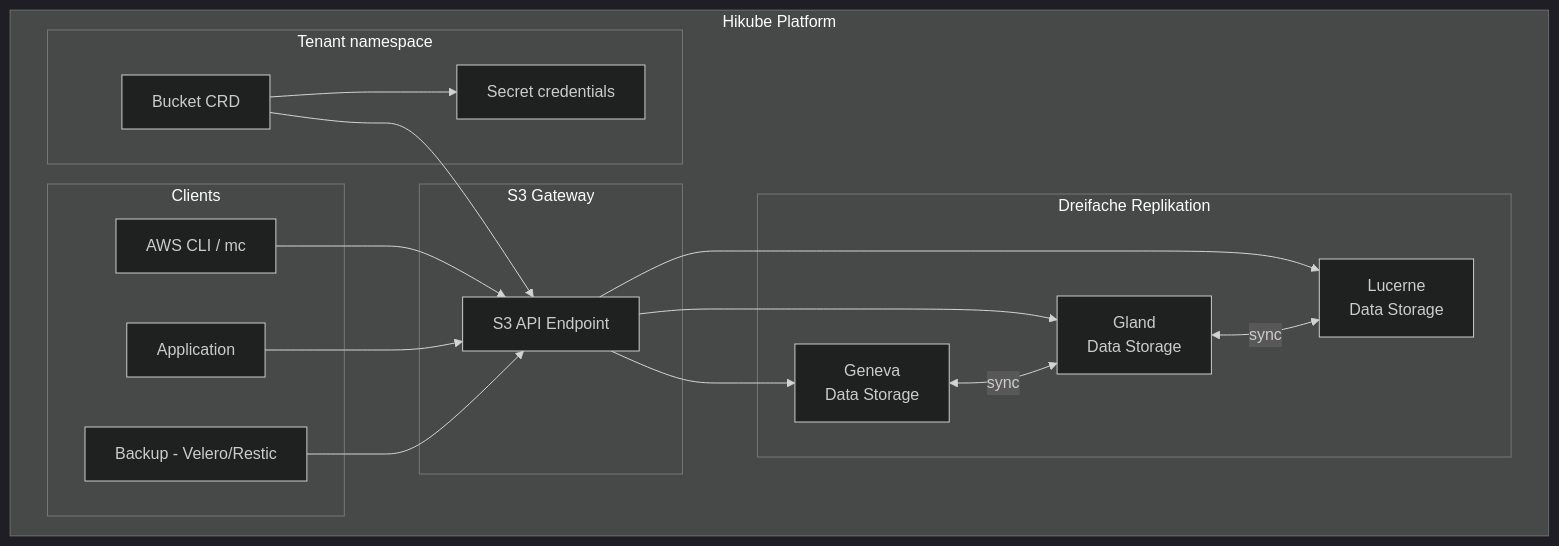
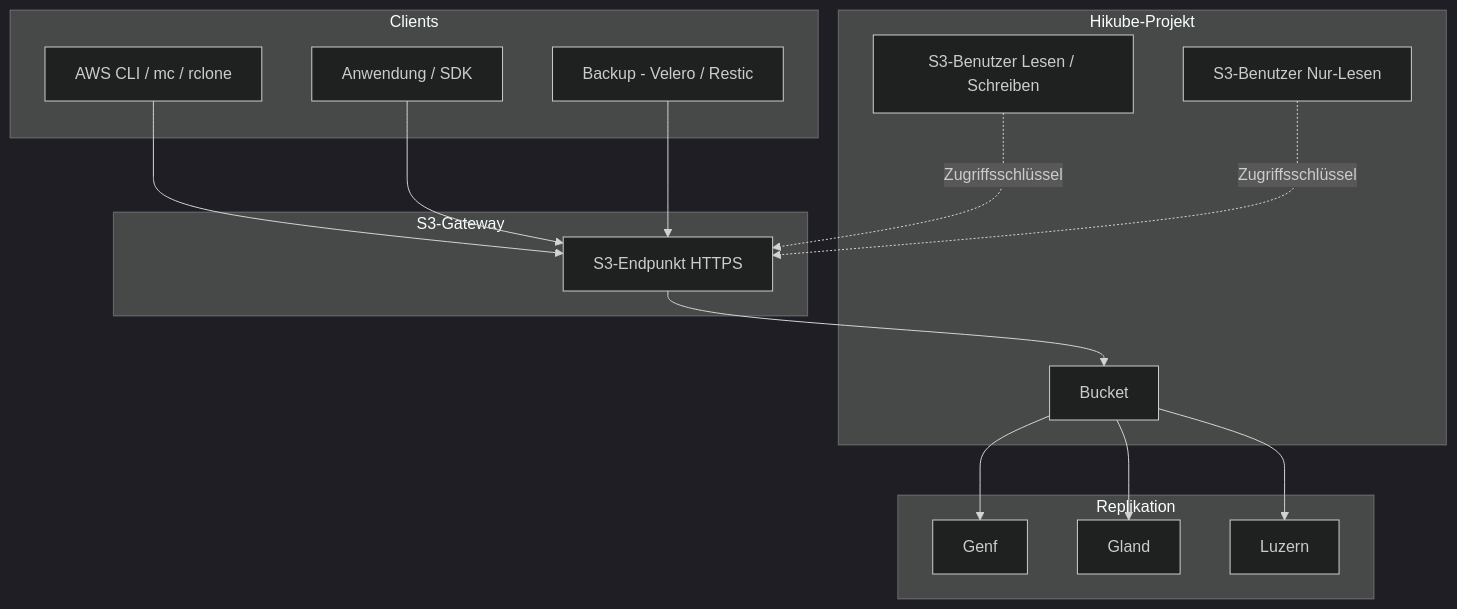
One commit to HidoraSwiss/hikube-public-doc changed the diagram in i18n/de/docusaurus-plugin-content-docs/current/services/storage/buckets/concepts.md. Above: the diagram before and after it, drawn with Mermaid (dark theme). The commit also changed other lines of this file and 148 other files, not shown here.

````diff
--- a/i18n/de/docusaurus-plugin-content-docs/current/services/storage/buckets/concepts.md
+++ b/i18n/de/docusaurus-plugin-content-docs/current/services/storage/buckets/concepts.md
@@ -12,36 +12,34 @@
 ```mermaid
 graph TB
-    subgraph "Hikube Platform"
-        subgraph "Tenant namespace"
-            CR[Bucket CRD]
-            SEC[Secret credentials]
-        end
-
-        subgraph "S3 Gateway"
-            GW[S3 API Endpoint]
-        end
-
-        subgraph "Dreifache Replikation"
-            DC1[Geneva<br/>Data Storage]
-            DC2[Gland<br/>Data Storage]
-            DC3[Lucerne<br/>Data Storage]
-        end
-
-        subgraph "Clients"
-            CLI[AWS CLI / mc]
-            APP[Application]
-            BKP[Backup - Velero/Restic]
-        end
+    subgraph "Hikube-Projekt"
+        BK[Bucket]
+        U1[S3-Benutzer Lesen / Schreiben]
+        U2[S3-Benutzer Nur-Lesen]
     end
 
-    CR --> GW
-    GW --> DC1
-    GW --> DC2
-    GW --> DC3
-    DC1 <-->|sync| DC2
-    DC2 <-->|sync| DC3
+    subgraph "S3-Gateway"
+        GW[S3-Endpunkt HTTPS]
+    end
+
+    subgraph "Replikation"
+        DC1[Genf]
+        DC2[Gland]
+        DC3[Luzern]
+    end
+
+    subgraph "Clients"
+        CLI[AWS CLI / mc / rclone]
+        APP[Anwendung / SDK]
+        BKP[Backup - Velero / Restic]
+    end
+
+    U1 -.->|Zugriffsschlüssel| GW
+    U2 -.->|Zugriffsschlüssel| GW
     CLI --> GW
     APP --> GW
     BKP --> GW
-    CR --> SEC
+    GW --> BK
+    BK --> DC1
+    BK --> DC2
+    BK --> DC3
 ```
````
